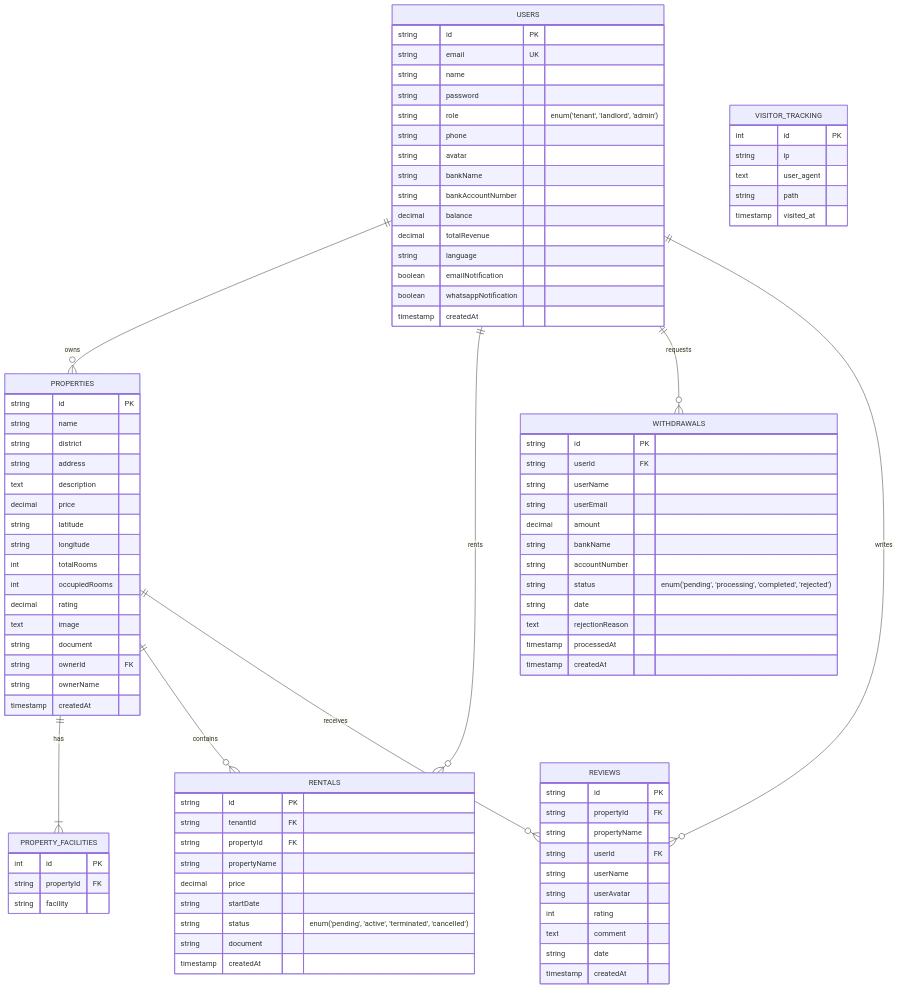
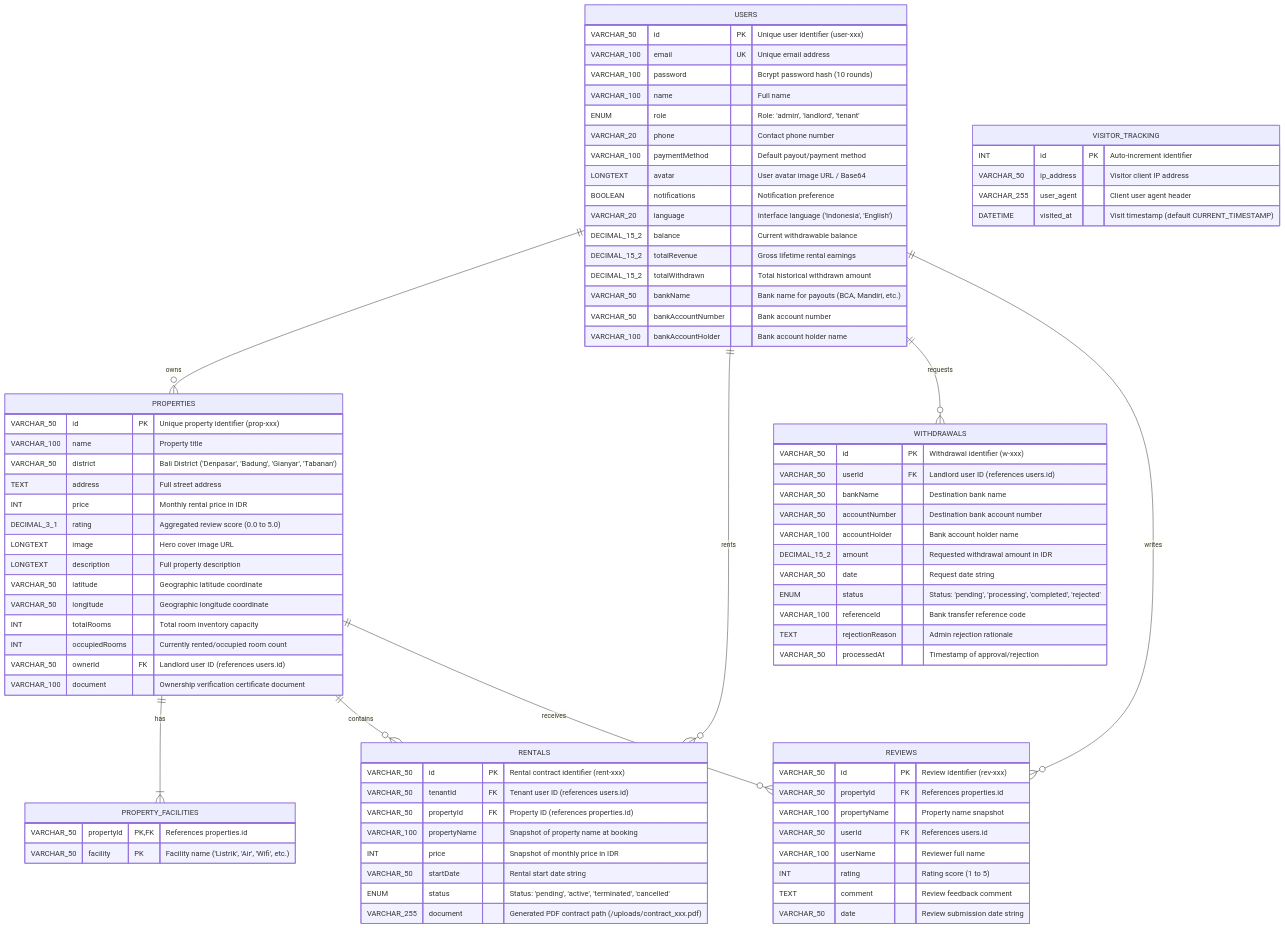
The second of 5 diagrams in PROJECT_HANDOFF.md (Dramaniako/KOSMO-landing-page), drawn with Mermaid before and after one commit. The commit also changed other lines of this file, not shown here.

````diff
--- a/PROJECT_HANDOFF.md
+++ b/PROJECT_HANDOFF.md
@@ -151,93 +142,86 @@
     PROPERTIES ||--o{ REVIEWS : receives
 
     USERS {
-        string id PK
-        string email UK
-        string name
-        string password
-        string role "enum('tenant', 'landlord', 'admin')"
-        string phone
-        string avatar
-        string bankName
-        string bankAccountNumber
-        decimal balance
-        decimal totalRevenue
-        string language
-        boolean emailNotification
-        boolean whatsappNotification
-        timestamp createdAt
+        VARCHAR_50 id PK "Unique user identifier (user-xxx)"
+        VARCHAR_100 email UK "Unique email address"
+        VARCHAR_100 password "Bcrypt password hash (10 rounds)"
+        VARCHAR_100 name "Full name"
+        ENUM role "Role: 'admin', 'landlord', 'tenant'"
+        VARCHAR_20 phone "Contact phone number"
+        VARCHAR_100 paymentMethod "Default payout/payment method"
+        LONGTEXT avatar "User avatar image URL / Base64"
+        BOOLEAN notifications "Notification preference"
+        VARCHAR_20 language "Interface language ('Indonesia', 'English')"
+        DECIMAL_15_2 balance "Current withdrawable balance"
+        DECIMAL_15_2 totalRevenue "Gross lifetime rental earnings"
+        DECIMAL_15_2 totalWithdrawn "Total historical withdrawn amount"
+        VARCHAR_50 bankName "Bank name for payouts (BCA, Mandiri, etc.)"
+        VARCHAR_50 bankAccountNumber "Bank account number"
+        VARCHAR_100 bankAccountHolder "Bank account holder name"
     }
 
     PROPERTIES {
-        string id PK
-        string name
-        string district
-        string address
-        text description
-        decimal price
-        string latitude
-        string longitude
-        int totalRooms
-        int occupiedRooms
-        decimal rating
-        text image
-        string document
-        string ownerId FK
-        string ownerName
-        timestamp createdAt
+        VARCHAR_50 id PK "Unique property identifier (prop-xxx)"
+        VARCHAR_100 name "Property title"
+        VARCHAR_50 district "Bali District ('Denpasar', 'Badung', 'Gianyar', 'Tabanan')"
+        TEXT address "Full street address"
+        INT price "Monthly rental price in IDR"
+        DECIMAL_3_1 rating "Aggregated review score (0.0 to 5.0)"
+        LONGTEXT image "Hero cover image URL"
+        LONGTEXT description "Full property description"
+        VARCHAR_50 latitude "Geographic latitude coordinate"
+        VARCHAR_50 longitude "Geographic longitude coordinate"
+        INT totalRooms "Total room inventory capacity"
+        INT occupiedRooms "Currently rented/occupied room count"
+        VARCHAR_50 ownerId FK "Landlord user ID (references users.id)"
+        VARCHAR_100 document "Ownership verification certificate document"
     }
 
     PROPERTY_FACILITIES {
-        int id PK
-        string propertyId FK
-        string facility
+        VARCHAR_50 propertyId PK,FK "References properties.id"
+        VARCHAR_50 facility PK "Facility name ('Listrik', 'Air', 'Wifi', etc.)"
     }
 
     RENTALS {
-        string id PK
-        string tenantId FK
-        string propertyId FK
-        string propertyName
-        decimal price
-        string startDate
-        string status "enum('pending', 'active', 'terminated', 'cancelled')"
-        string document
-        timestamp createdAt
+        VARCHAR_50 id PK "Rental contract identifier (rent-xxx)"
+        VARCHAR_50 tenantId FK "Tenant user ID (references users.id)"
+        VARCHAR_50 propertyId FK "Property ID (references properties.id)"
+        VARCHAR_100 propertyName "Snapshot of property name at booking"
+        INT price "Snapshot of monthly price in IDR"
+        VARCHAR_50 startDate "Rental start date string"
+        ENUM status "Status: 'pending', 'active', 'terminated', 'cancelled'"
+        VARCHAR_255 document "Generated PDF contract path (/uploads/contract_xxx.pdf)"
     }
 
     WITHDRAWALS {
-        string id PK
-        string userId FK
-        string userName
-        string userEmail
-        decimal amount
-        string bankName
-        string accountNumber
-        string status "enum('pending', 'processing', 'completed', 'rejected')"
-        string date
-        text rejectionReason
-        timestamp processedAt
-        timestamp createdAt
+        VARCHAR_50 id PK "Withdrawal identifier (w-xxx)"
+        VARCHAR_50 userId FK "Landlord user ID (references users.id)"
+        VARCHAR_50 bankName "Destination bank name"
+        VARCHAR_50 accountNumber "Destination bank account number"
+        VARCHAR_100 accountHolder "Bank account holder name"
+        DECIMAL_15_2 amount "Requested withdrawal amount in IDR"
+        VARCHAR_50 date "Request date string"
+        ENUM status "Status: 'pending', 'processing', 'completed', 'rejected'"
+        VARCHAR_100 referenceId "Bank transfer reference code"
+        TEXT rejectionReason "Admin rejection rationale"
+        VARCHAR_50 processedAt "Timestamp of approval/rejection"
     }
 
     REVIEWS {
-        string id PK
-        string propertyId FK
-        string propertyName
-        string userId FK
-        string userName
-        string userAvatar
-        int rating
-        text comment
-        string date
-        timestamp createdAt
+        VARCHAR_50 id PK "Review identifier (rev-xxx)"
+        VARCHAR_50 propertyId FK "References properties.id"
+        VARCHAR_100 propertyName "Property name snapshot"
+        VARCHAR_50 userId FK "References users.id"
+        VARCHAR_100 userName "Reviewer full name"
+        INT rating "Rating score (1 to 5)"
+        TEXT comment "Review feedback comment"
+        VARCHAR_50 date "Review submission date string"
     }
 
     VISITOR_TRACKING {
-        int id PK
-        string ip
-        text user_agent
-        string path
-        timestamp visited_at
+        INT id PK "Auto-increment identifier"
+        VARCHAR_50 ip_address "Visitor client IP address"
+        VARCHAR_255 user_agent "Client user agent header"
+        DATETIME visited_at "Visit timestamp (default CURRENT_TIMESTAMP)"
     }
 ```
````
